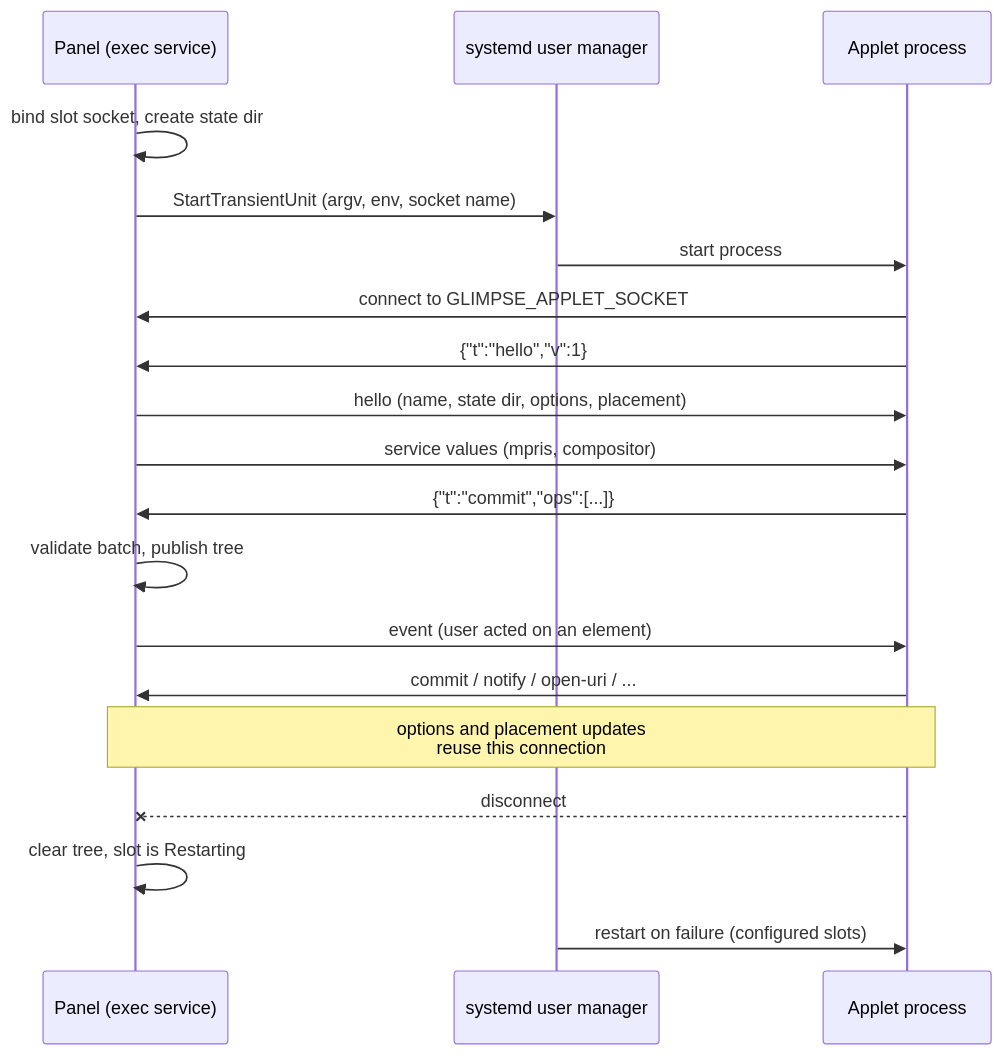
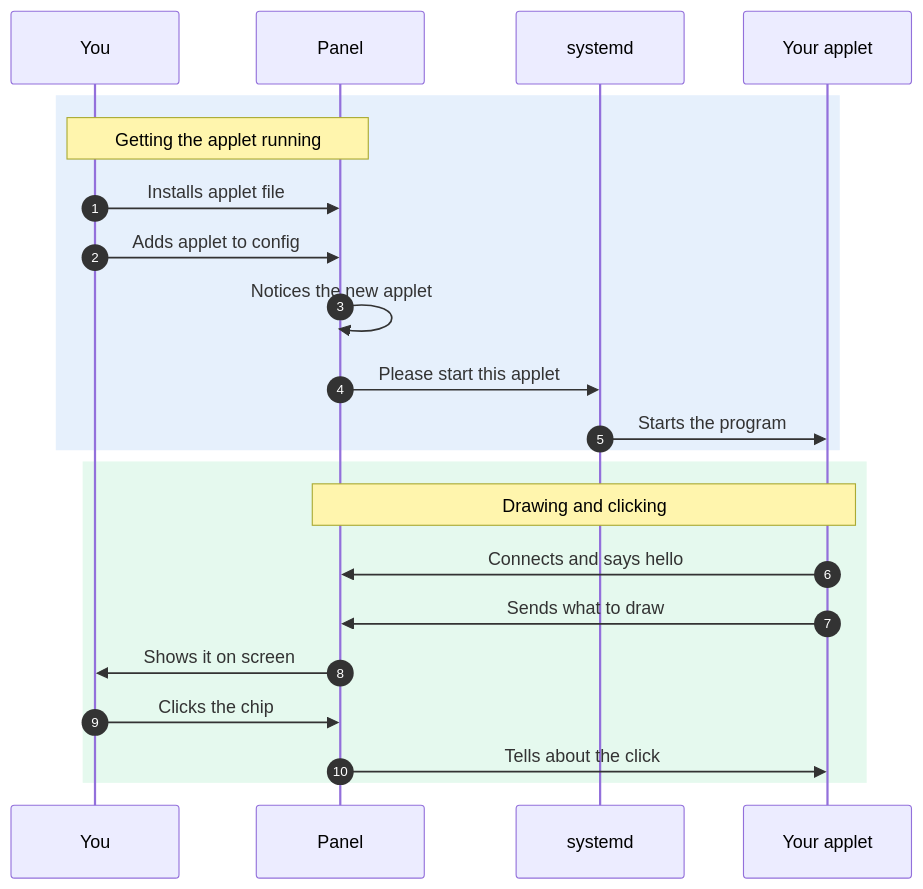
The second of 6 diagrams in website/developers/exec-applets.md (alex-oleshkevich/glimpse), drawn with Mermaid before and after one commit. The commit also changed other lines of this file and 4 other files, not shown here.

Commit message:
Update exec applet docs and config schema

````diff
--- a/website/developers/exec-applets.md
+++ b/website/developers/exec-applets.md
@@ -77,21 +49,24 @@
 ```mermaid
 sequenceDiagram
-    participant P as Panel (exec service)
-    participant S as systemd user manager
-    participant A as Applet process
-    P->>P: bind slot socket, create state dir
-    P->>S: StartTransientUnit (argv, env, socket name)
-    S->>A: start process
-    A->>P: connect to GLIMPSE_APPLET_SOCKET
-    A->>P: {"t":"hello","v":1}
-    P->>A: hello (name, state dir, options, placement)
-    P->>A: service values (mpris, compositor)
-    A->>P: {"t":"commit","ops":[...]}
-    P->>P: validate batch, publish tree
-    P->>A: event (user acted on an element)
-    A->>P: commit / notify / open-uri / ...
-    Note over P,A: options and placement updates<br/>reuse this connection
-    A--xP: disconnect
-    P->>P: clear tree, slot is Restarting
-    S->>A: restart on failure (configured slots)
+    autonumber
+    participant Y as You
+    participant P as Panel
+    participant S as systemd
+    participant A as Your applet
+    rect rgba(53, 132, 228, 0.12)
+    Note over Y,P: Getting the applet running
+    Y->>P: Installs applet file
+    Y->>P: Adds applet to config
+    P->>P: Notices the new applet
+    P->>S: Please start this applet
+    S->>A: Starts the program
+    end
+    rect rgba(46, 204, 113, 0.12)
+    Note over P,A: Drawing and clicking
+    A->>P: Connects and says hello
+    A->>P: Sends what to draw
+    P->>Y: Shows it on screen
+    Y->>P: Clicks the chip
+    P->>A: Tells about the click
+    end
 ```
````
